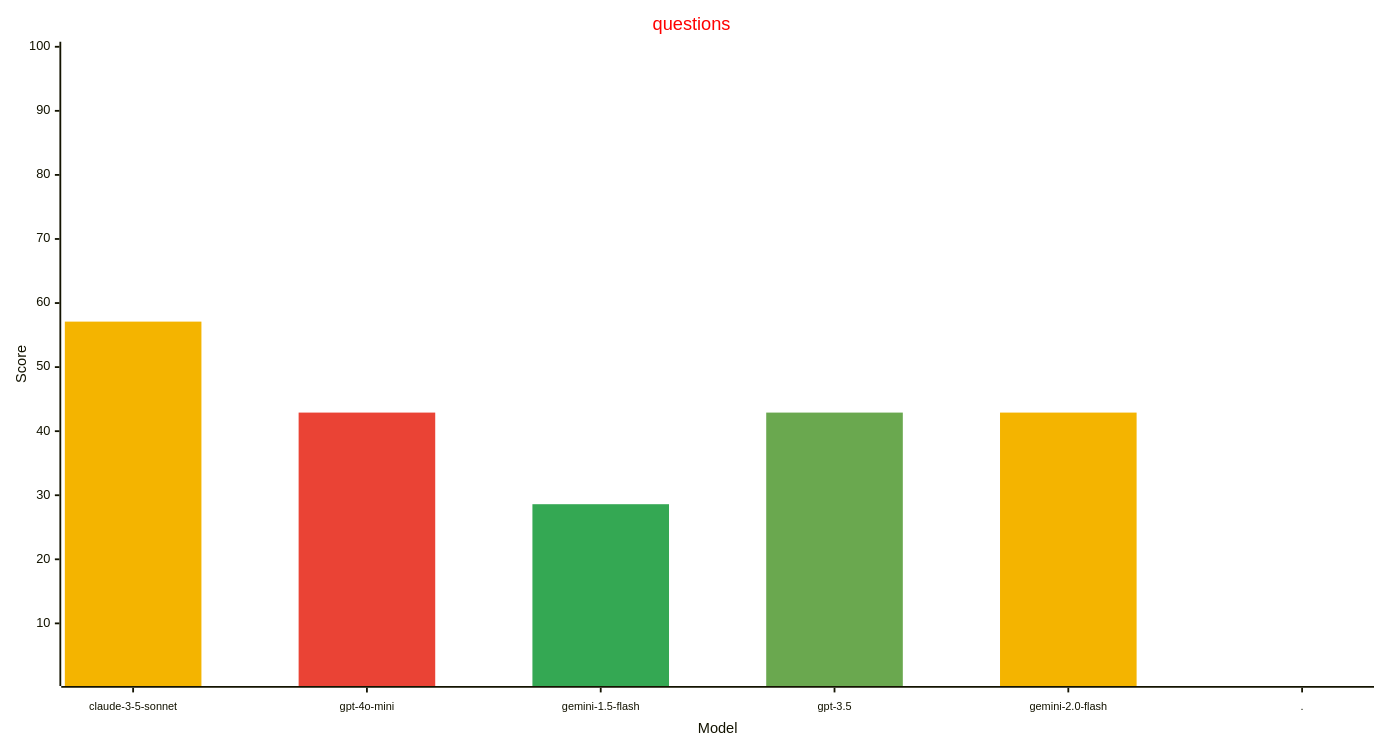
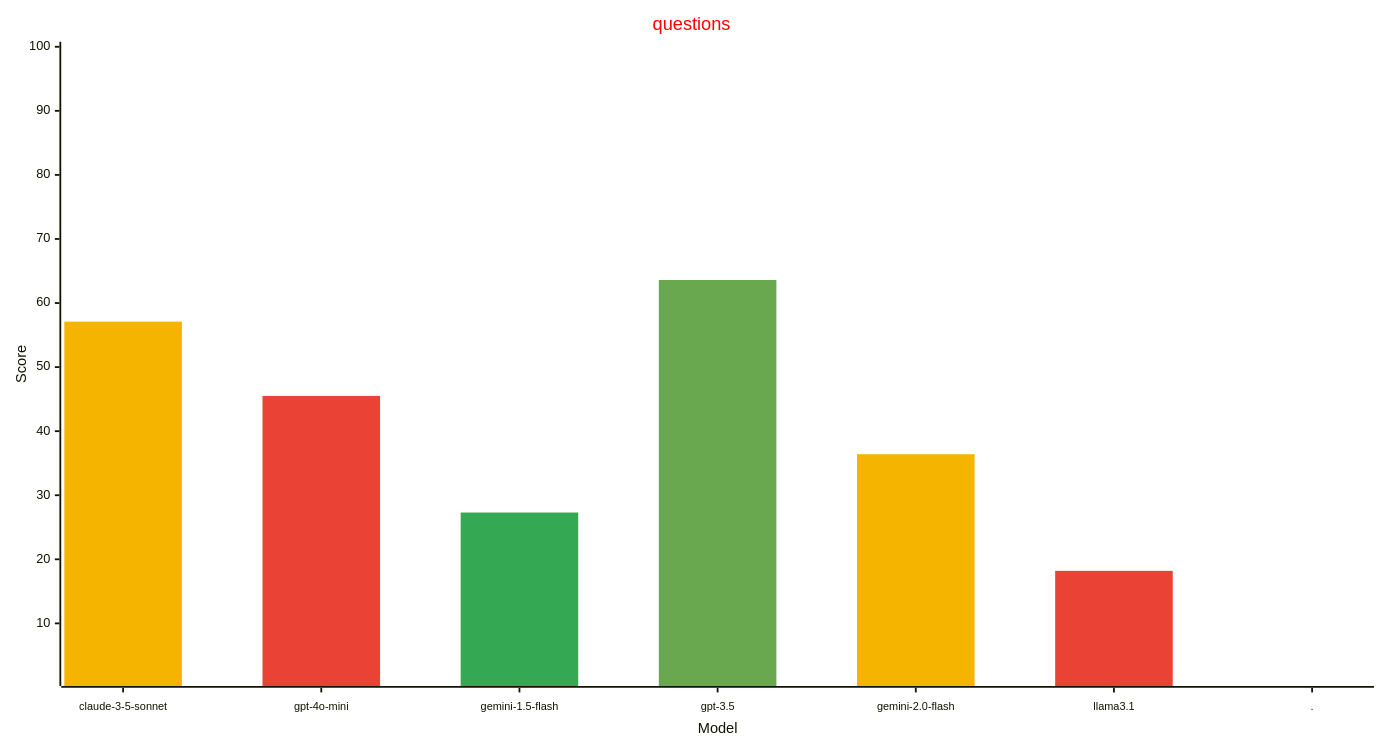
Before and after one commit to allenporter/home-assistant-datasets: the fourth of 4 diagrams in reports/README.md, drawn with Mermaid. The commit also changed other lines of this file, not shown here.

````diff
--- a/reports/README.md
+++ b/reports/README.md
@@ -195,26 +197,27 @@
 ```mermaid
 ---
 config:
     xyChart:
         width: 1500
         height: 800
         xAxis:
           labelFontSize: 12
           labelPadding: 8
     themeVariables:
         xyChart:
             titleColor: "#ff0000"
-            plotColorPalette: "#f4b400, #ea4335, #34a853, #6aa84f, #f4b400, #4285f4"
+            plotColorPalette: "#f4b400, #ea4335, #34a853, #6aa84f, #f4b400, #ea4335, #4285f4"
 
 ---
 xychart-beta
   title "questions"
-  x-axis "Model" [claude-3-5-sonnet, gpt-4o-mini, gemini-1.5-flash, gpt-3.5, gemini-2.0-flash, .]
+  x-axis "Model" [claude-3-5-sonnet, gpt-4o-mini, gemini-1.5-flash, gpt-3.5, gemini-2.0-flash, llama3.1, .]
   y-axis "Score" 1 --> 100
-  bar [57.1, 0.0, 0.0, 0.0, 0.0, 0.0]
-  bar [0.0, 42.9, 0.0, 0.0, 0.0, 0.0]
-  bar [0.0, 0.0, 28.6, 0.0, 0.0, 0.0]
-  bar [0.0, 0.0, 0.0, 42.9, 0.0, 0.0]
-  bar [0.0, 0.0, 0.0, 0.0, 42.9, 0.0]
-  bar [0.0, 0.0, 0.0, 0.0, 0.0, -1.0]
+  bar [57.1, 0.0, 0.0, 0.0, 0.0, 0.0, 0.0]
+  bar [0.0, 45.5, 0.0, 0.0, 0.0, 0.0, 0.0]
+  bar [0.0, 0.0, 27.3, 0.0, 0.0, 0.0, 0.0]
+  bar [0.0, 0.0, 0.0, 63.6, 0.0, 0.0, 0.0]
+  bar [0.0, 0.0, 0.0, 0.0, 36.4, 0.0, 0.0]
+  bar [0.0, 0.0, 0.0, 0.0, 0.0, 18.2, 0.0]
+  bar [0.0, 0.0, 0.0, 0.0, 0.0, 0.0, -1.0]
 ```
````
